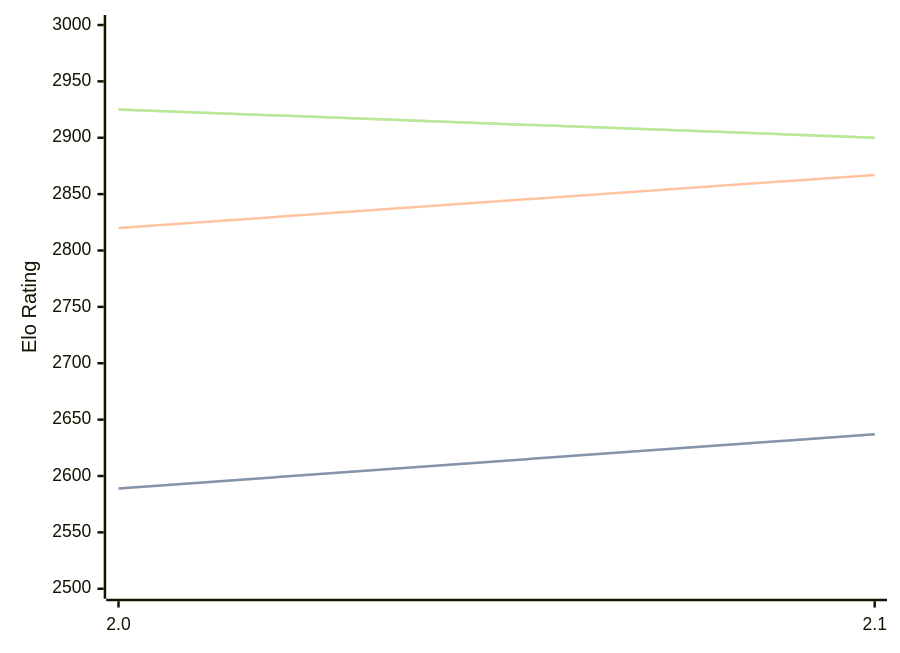
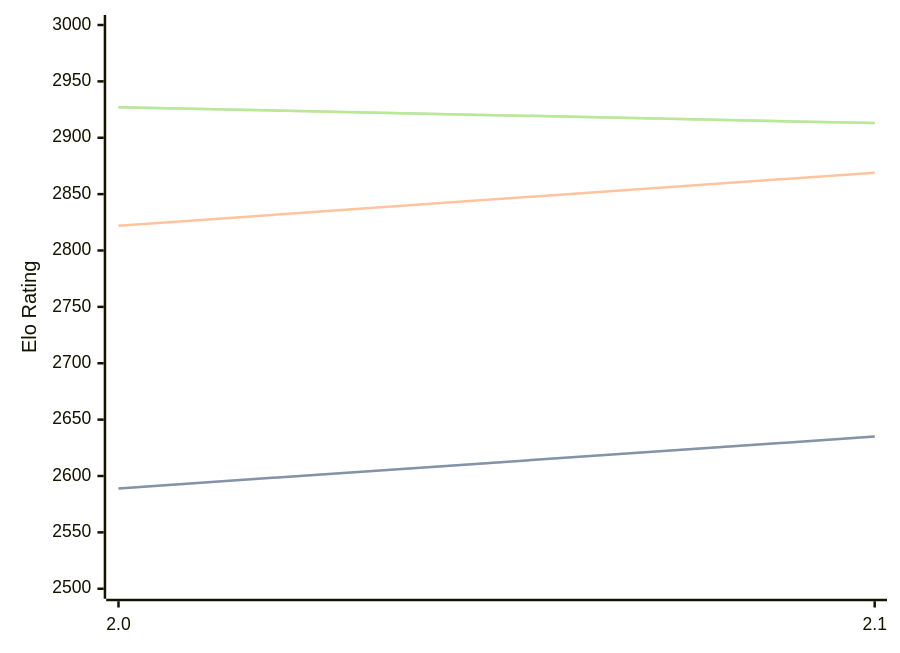
One commit to computer-chess-index/cci changed the diagram in engines/Noggin.md. Above: the diagram before and after it, drawn with Mermaid. The commit also changed other lines of this file, not shown here.

Commit message:
Update CCI Ratings (ELO VLTC) - 2026-07-25

````diff
--- a/engines/Noggin.md
+++ b/engines/Noggin.md
@@ -33,11 +33,11 @@
 ```mermaid
 %%{init: {"theme":"base","themeVariables":{"seriesColors:['#a3a3a3','#222221','#faa371']}}}%%
 xychart-beta
   x-axis ["2.0", "2.1"]
   y-axis "Elo Rating" 2500 --> 3000
-  line "STC (8.0+0.08s)" [2589, 2637]
-  line "STC (8.0+0.08s)" [2589, 2637]
-  line "LTC (60.0+0.60s)" [2820, 2867]
-  line "VLTC (2m24s+1.12s)" [2925, 2900]
-  line "VLTC (2m24s+1.12s)" [2925, 2900]
+  line "STC (8.0+0.08s)" [2589, 2635]
+  line "STC (8.0+0.08s)" [2589, 2635]
+  line "LTC (60.0+0.60s)" [2822, 2869]
+  line "VLTC (2m24s+1.12s)" [2927, 2913]
+  line "VLTC (2m24s+1.12s)" [2927, 2913]
 ```
````
